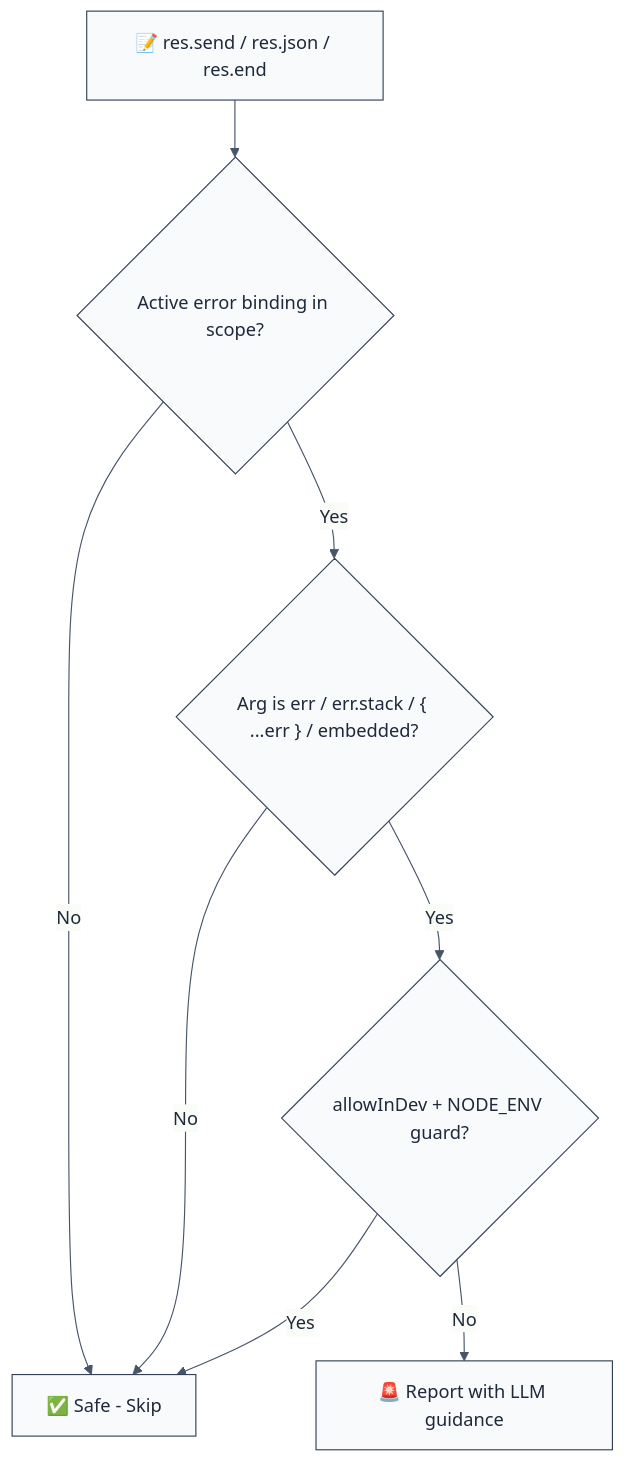
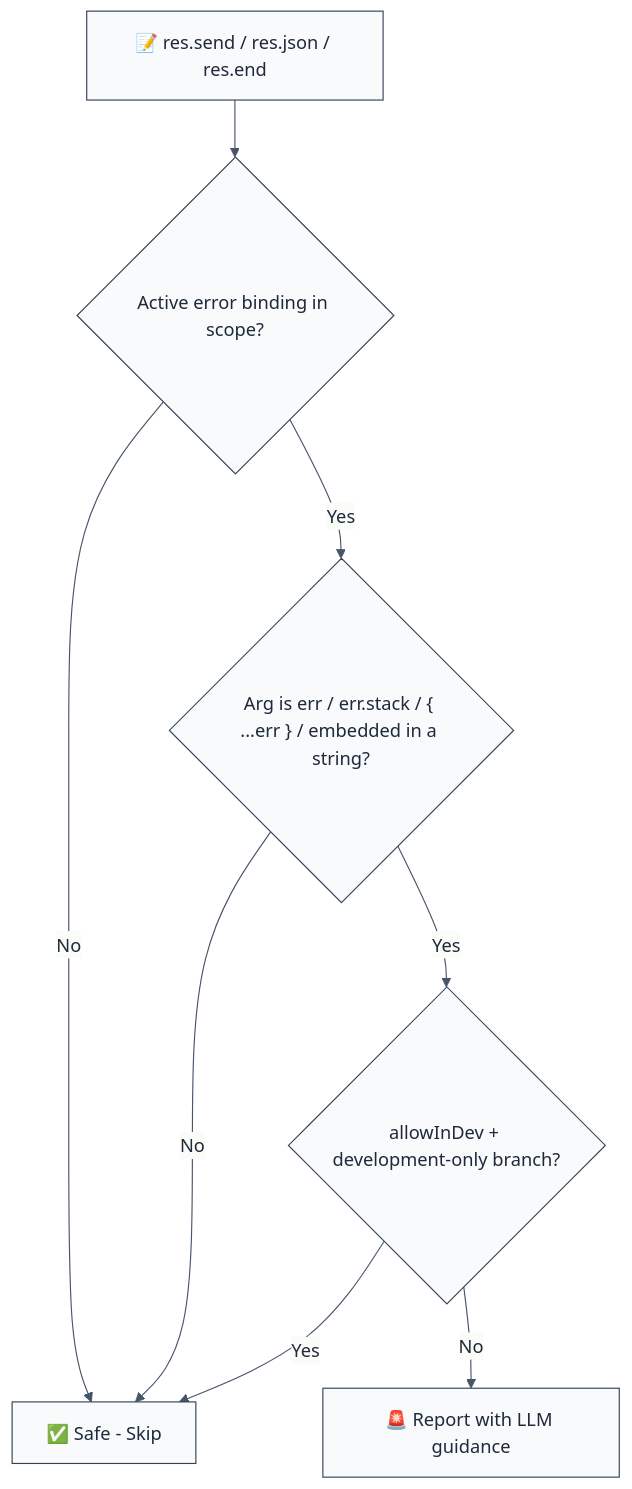
The diagram in packages/eslint-plugin-express-security/docs/rules/no-error-details-in-response.md (ofri-peretz/eslint), drawn with Mermaid before and after one commit. The commit also changed other lines of this file and 118 other files, not shown here.

````diff
--- a/packages/eslint-plugin-express-security/docs/rules/no-error-details-in-response.md
+++ b/packages/eslint-plugin-express-security/docs/rules/no-error-details-in-response.md
@@ -51,19 +51,19 @@
 ```mermaid
 %%{init: {
   'theme': 'base',
   'themeVariables': {
     'primaryColor': '#f8fafc',
     'primaryTextColor': '#1e293b',
     'primaryBorderColor': '#334155',
     'lineColor': '#475569'
   }
 }}%%
 flowchart TD
     A["📝 res.send / res.json / res.end"] --> B{Active error binding in scope?}
     B -->|No| C[✅ Safe - Skip]
-    B -->|Yes| D{"Arg is err / err.stack / { ...err } / embedded?"}
+    B -->|Yes| D{"Arg is err / err.stack / { ...err } / embedded in a string?"}
     D -->|No| C
-    D -->|Yes| E{allowInDev + NODE_ENV guard?}
+    D -->|Yes| E{allowInDev + development-only branch?}
     E -->|Yes| C
     E -->|No| F[🚨 Report with LLM guidance]
 ```
````
